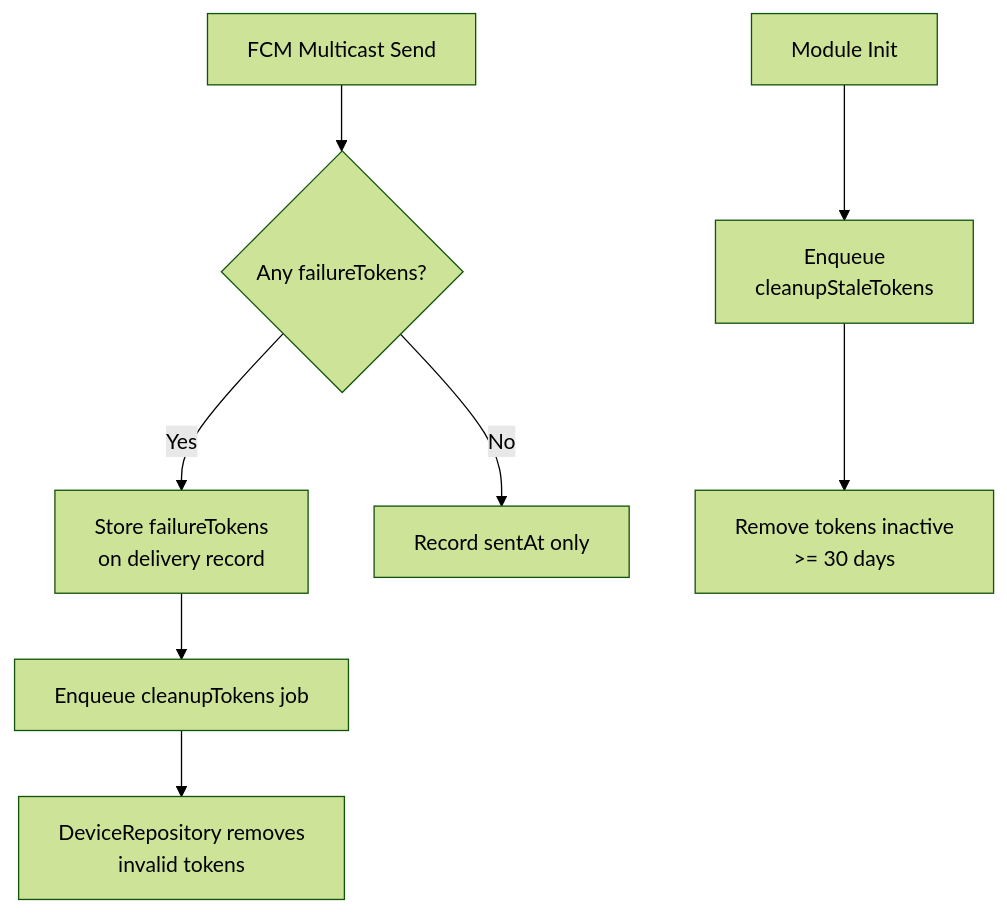
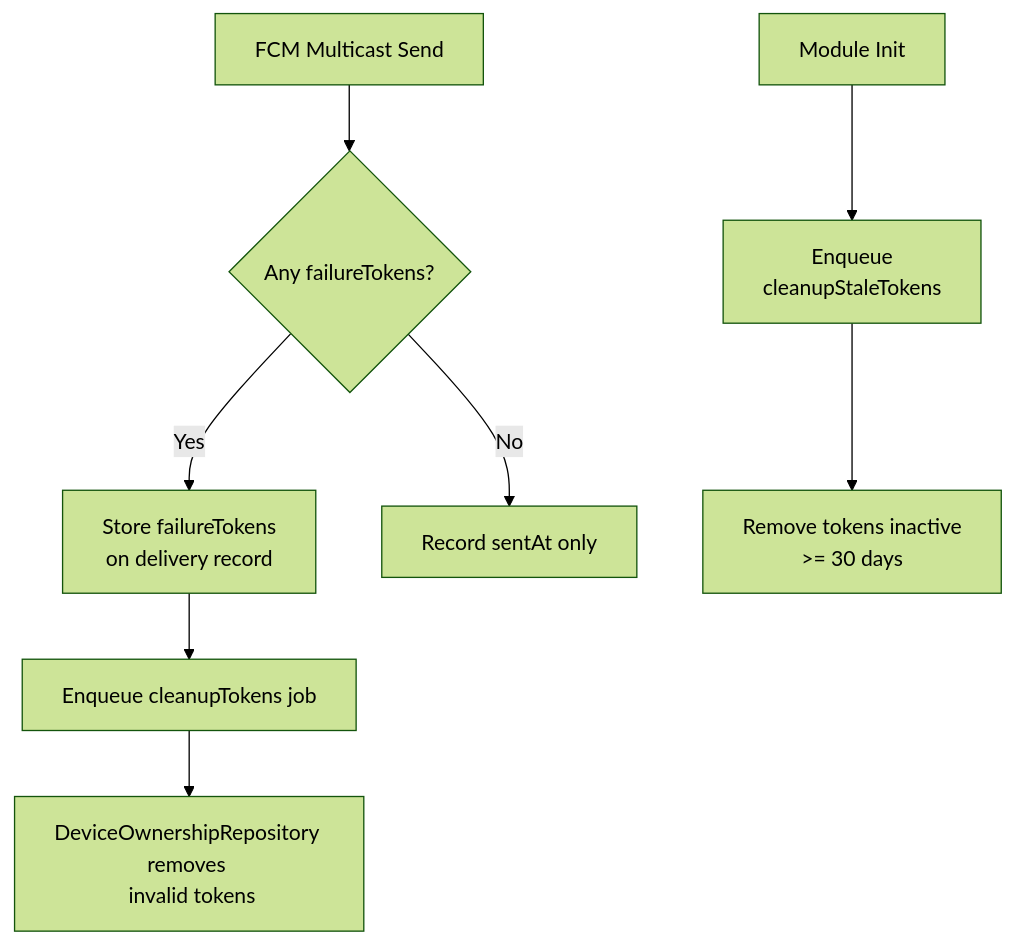
One commit to fedi-dayeg/complete-nestjs-boilerplate changed the first of 2 diagrams in docs/notification.md. Above: the diagram before and after it, drawn with Mermaid (forest theme). The commit also changed other lines of this file and 67 other files, not shown here.

````diff
--- a/docs/notification.md
+++ b/docs/notification.md
@@ -163,11 +163,11 @@
 ```mermaid
 graph TD
     A[FCM Multicast Send] --> B{Any failureTokens?}
     B -->|Yes| C[Store failureTokens <br/> on delivery record]
     C --> D[Enqueue cleanupTokens job]
-    D --> E[DeviceRepository removes <br/> invalid tokens]
+    D --> E[DeviceOwnershipRepository removes <br/> invalid tokens]
     B -->|No| F[Record sentAt only]
     
     G[Module Init] --> H[Enqueue <br/> cleanupStaleTokens]
     H --> I[Remove tokens inactive <br/> >= 30 days]
 ```
````
